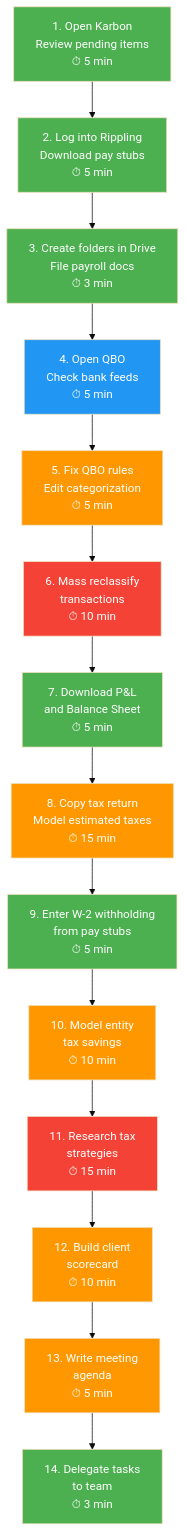
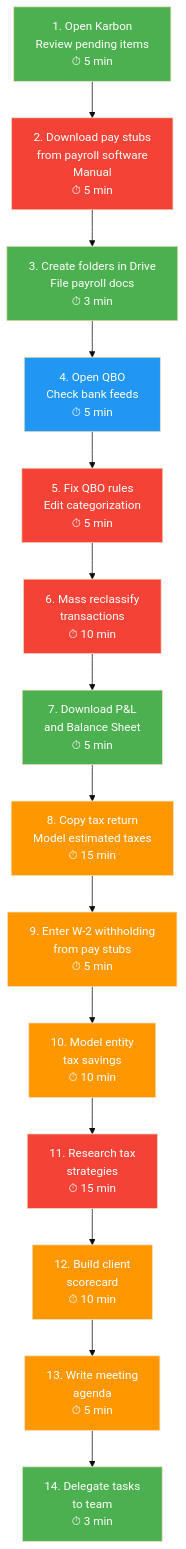
Before and after one commit to dkinvestments-art/n8n: the second of 20 diagrams in docs/quarterly-meeting-automation/05-Comprehensive-Workflow-Documentation.md, drawn with Mermaid (base theme). The commit also changed other lines of this file, not shown here.

First line of the commit message:
docs: Apply payroll-manual and Karbon task changes to workflow doc

````diff
--- a/docs/quarterly-meeting-automation/05-Comprehensive-Workflow-Documentation.md
+++ b/docs/quarterly-meeting-automation/05-Comprehensive-Workflow-Documentation.md
@@ -77,31 +77,31 @@
 ```mermaid
 flowchart TD
-    S1[1. Open Karbon<br/>Review pending items<br/>⏱ 5 min] --> S2[2. Log into Rippling<br/>Download pay stubs<br/>⏱ 5 min]
+    S1[1. Open Karbon<br/>Review pending items<br/>⏱ 5 min] --> S2[2. Download pay stubs<br/>from payroll software<br/>Manual<br/>⏱ 5 min]
     S2 --> S3[3. Create folders in Drive<br/>File payroll docs<br/>⏱ 3 min]
     S3 --> S4[4. Open QBO<br/>Check bank feeds<br/>⏱ 5 min]
     S4 --> S5[5. Fix QBO rules<br/>Edit categorization<br/>⏱ 5 min]
     S5 --> S6[6. Mass reclassify<br/>transactions<br/>⏱ 10 min]
     S6 --> S7[7. Download P&L<br/>and Balance Sheet<br/>⏱ 5 min]
     S7 --> S8[8. Copy tax return<br/>Model estimated taxes<br/>⏱ 15 min]
     S8 --> S9[9. Enter W-2 withholding<br/>from pay stubs<br/>⏱ 5 min]
     S9 --> S10[10. Model entity<br/>tax savings<br/>⏱ 10 min]
     S10 --> S11[11. Research tax<br/>strategies<br/>⏱ 15 min]
     S11 --> S12[12. Build client<br/>scorecard<br/>⏱ 10 min]
     S12 --> S13[13. Write meeting<br/>agenda<br/>⏱ 5 min]
     S13 --> S14[14. Delegate tasks<br/>to team<br/>⏱ 3 min]
 
     style S1 fill:#4CAF50,color:#fff
-    style S2 fill:#4CAF50,color:#fff
+    style S2 fill:#F44336,color:#fff
     style S3 fill:#4CAF50,color:#fff
     style S4 fill:#2196F3,color:#fff
-    style S5 fill:#FF9800,color:#fff
+    style S5 fill:#F44336,color:#fff
     style S6 fill:#F44336,color:#fff
     style S7 fill:#4CAF50,color:#fff
     style S8 fill:#FF9800,color:#fff
-    style S9 fill:#4CAF50,color:#fff
+    style S9 fill:#FF9800,color:#fff
     style S10 fill:#FF9800,color:#fff
     style S11 fill:#F44336,color:#fff
     style S12 fill:#FF9800,color:#fff
     style S13 fill:#FF9800,color:#fff
     style S14 fill:#4CAF50,color:#fff
 ```
````
